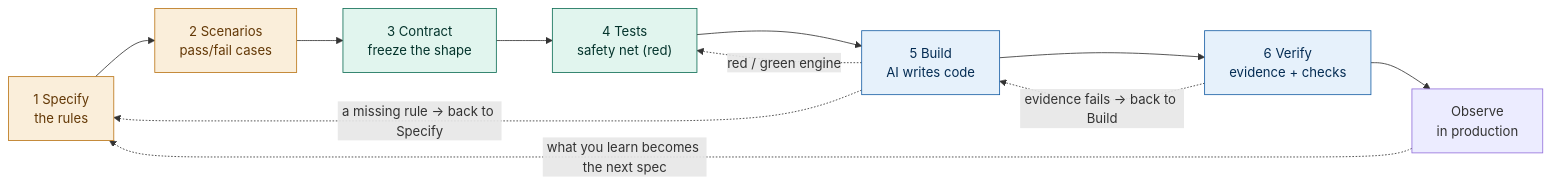
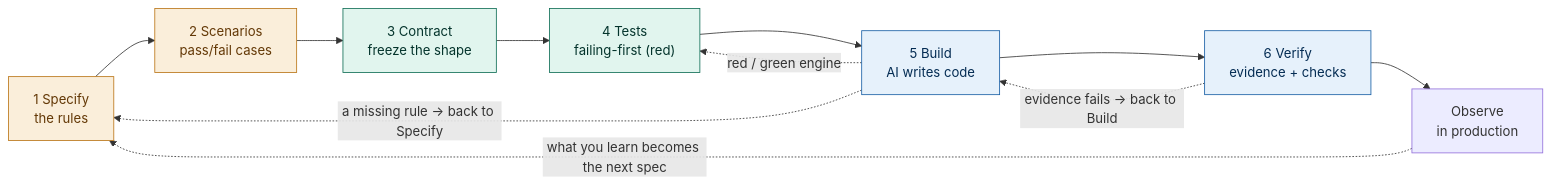
One commit to imnortheastt/ADD changed the diagram in add-method/src/add_method/_bundled/docs/02-the-flow.md. Above: the diagram before and after it, drawn with Mermaid. The commit also changed other lines of this file and 23 other files, not shown here.

First line of the commit message:
feat(method): ubiquitous-language term 5/17 — red safety net -> failing-first suite

````diff
--- a/add-method/src/add_method/_bundled/docs/02-the-flow.md
+++ b/add-method/src/add_method/_bundled/docs/02-the-flow.md
@@ -13,19 +13,19 @@
 ```mermaid
 flowchart LR
   S1["1 Specify<br/>the rules"] --> S2["2 Scenarios<br/>pass/fail cases"]
   S2 --> S3["3 Contract<br/>freeze the shape"]
-  S3 --> S4["4 Tests<br/>safety net (red)"]
+  S3 --> S4["4 Tests<br/>failing-first (red)"]
   S4 --> S5["5 Build<br/>AI writes code"]
   S5 --> S6["6 Verify<br/>evidence + checks"]
   S6 --> OBS["Observe<br/>in production"]
   S5 -. "red / green engine" .-> S4
   S6 -. "evidence fails → back to Build" .-> S5
   S5 -. "a missing rule → back to Specify" .-> S1
   OBS -. "what you learn becomes the next spec" .-> S1
   classDef human fill:#FAEEDA,stroke:#BA7517,color:#633806;
   classDef seam fill:#E1F5EE,stroke:#0F6E56,color:#04342C;
   classDef machine fill:#E6F1FB,stroke:#185FA5,color:#042C53;
   class S1,S2 human;
   class S3,S4 seam;
   class S5,S6 machine;
 ```
````
